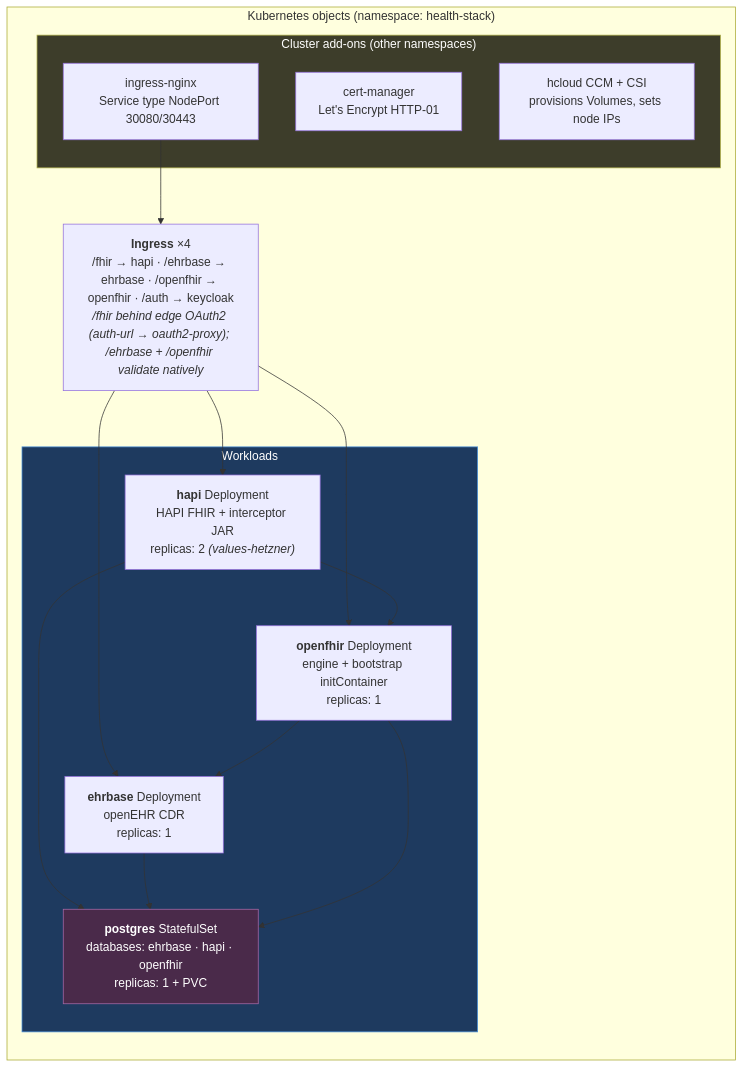
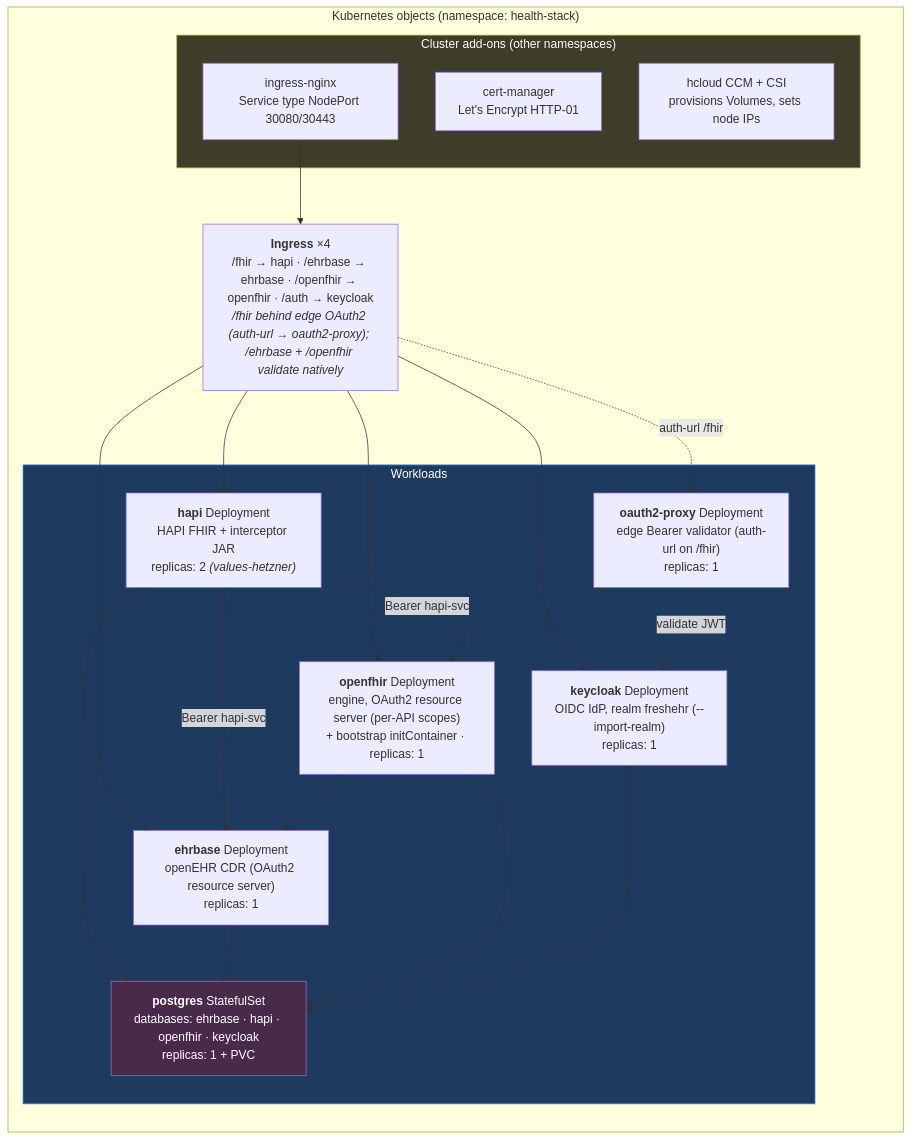
Before and after one commit to joostholslag/Open-health-stack: the second of 2 diagrams in docs/hetzner-architecture.md, drawn with Mermaid. The commit also changed other lines of this file and 7 other files, not shown here.

````diff
--- a/docs/hetzner-architecture.md
+++ b/docs/hetzner-architecture.md
@@ -76,30 +76,35 @@
 ```mermaid
 flowchart TB
   subgraph k8s["Kubernetes objects (namespace: health-stack)"]
     direction TB
     ing["<b>Ingress</b> ×4<br/>/fhir → hapi · /ehrbase → ehrbase · /openfhir → openfhir · /auth → keycloak<br/><i>/fhir behind edge OAuth2 (auth-url → oauth2-proxy); /ehrbase + /openfhir validate natively</i>"]
 
     subgraph wl["Workloads"]
       hapi["<b>hapi</b> Deployment<br/>HAPI FHIR + interceptor JAR<br/>replicas: 2 <i>(values-hetzner)</i>"]
-      ehr["<b>ehrbase</b> Deployment<br/>openEHR CDR<br/>replicas: 1"]
-      of["<b>openfhir</b> Deployment<br/>engine + bootstrap initContainer<br/>replicas: 1"]
-      pg["<b>postgres</b> StatefulSet<br/>databases: ehrbase · hapi · openfhir<br/>replicas: 1 + PVC"]
+      ehr["<b>ehrbase</b> Deployment<br/>openEHR CDR (OAuth2 resource server)<br/>replicas: 1"]
+      of["<b>openfhir</b> Deployment<br/>engine, OAuth2 resource server (per-API scopes)<br/>+ bootstrap initContainer · replicas: 1"]
+      kc["<b>keycloak</b> Deployment<br/>OIDC IdP, realm freshehr (--import-realm)<br/>replicas: 1"]
+      o2p["<b>oauth2-proxy</b> Deployment<br/>edge Bearer validator (auth-url on /fhir)<br/>replicas: 1"]
+      pg["<b>postgres</b> StatefulSet<br/>databases: ehrbase · hapi · openfhir · keycloak<br/>replicas: 1 + PVC"]
     end
 
     subgraph sys["Cluster add-ons (other namespaces)"]
       ngx["ingress-nginx<br/>Service type NodePort 30080/30443"]
       cm["cert-manager<br/>Let's Encrypt HTTP-01"]
       ccm["hcloud CCM + CSI<br/>provisions Volumes, sets node IPs"]
     end
   end
 
-  ing --> hapi & ehr & of
-  hapi --> of
+  ing --> hapi & ehr & of & kc
+  ing -.->|auth-url /fhir| o2p
+  o2p -.->|validate JWT| kc
+  hapi -->|Bearer hapi-svc| of
+  hapi -->|Bearer hapi-svc| ehr
   of --> ehr
-  hapi & ehr & of --> pg
+  hapi & ehr & of & kc --> pg
   ngx --> ing
 
   style pg fill:#4a2a4a,stroke:#a96aa9,color:#fff
   style wl fill:#1e3a5f,stroke:#4a90d9,color:#fff
   style sys fill:#3d3d2a,stroke:#b0b04a,color:#fff
 ```
````
